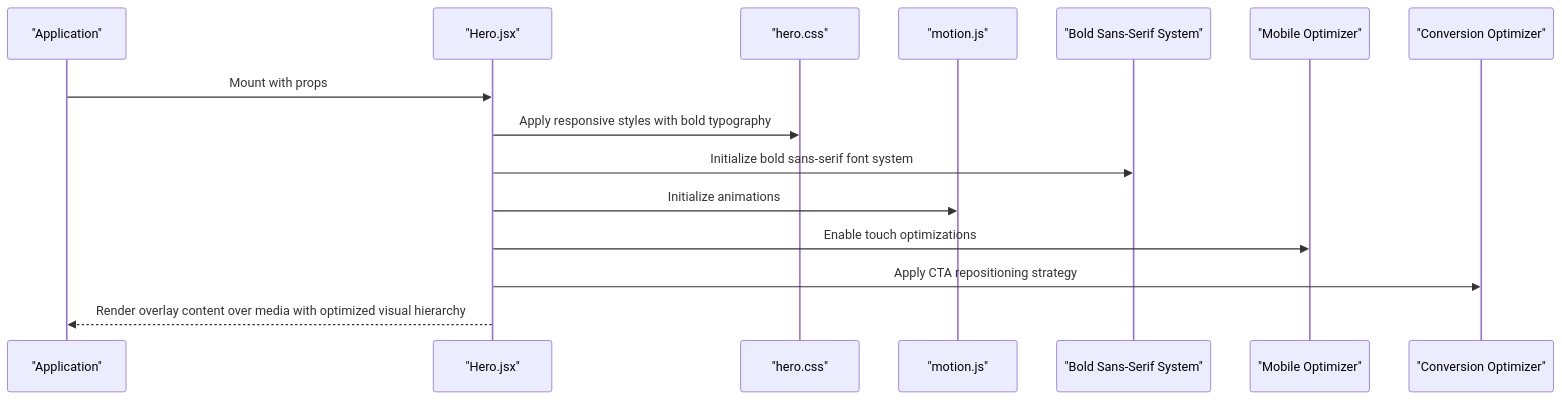
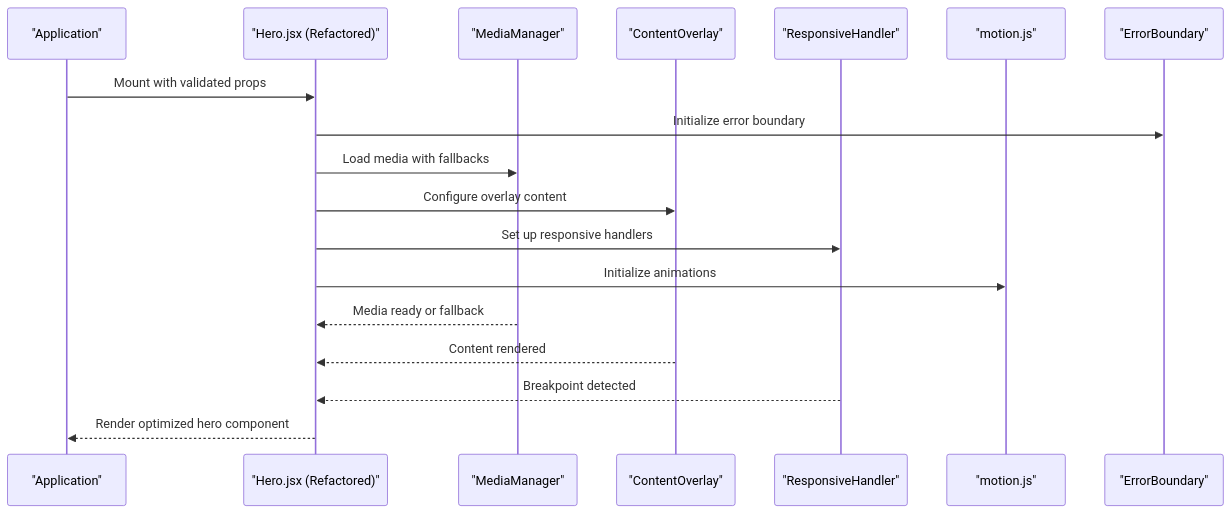
Before and after one commit to Theja4/podiummomentum: the third of 6 diagrams in .qoder/repowiki/en/content/Component Architecture/Landing Page Components/Hero Sections.md, drawn with Mermaid. The commit also changed other lines of this file and 24 other files, not shown here.

````diff
--- a/.qoder/repowiki/en/content/Component Architecture/Landing Page Components/Hero Sections.md
+++ b/.qoder/repowiki/en/content/Component Architecture/Landing Page Components/Hero Sections.md
@@ -206,17 +209,20 @@
 ```mermaid
 sequenceDiagram
 participant App as "Application"
-participant Hero as "Hero.jsx"
-participant Styles as "hero.css"
+participant Hero as "Hero.jsx (Refactored)"
+participant MediaMgr as "MediaManager"
+participant Content as "ContentOverlay"
+participant Responsive as "ResponsiveHandler"
 participant Motion as "motion.js"
-participant Typography as "Bold Sans-Serif System"
-participant Mobile as "Mobile Optimizer"
-participant Conversion as "Conversion Optimizer"
-App->>Hero : Mount with props
-Hero->>Styles : Apply responsive styles with bold typography
-Hero->>Typography : Initialize bold sans-serif font system
+participant Error as "ErrorBoundary"
+App->>Hero : Mount with validated props
+Hero->>Error : Initialize error boundary
+Hero->>MediaMgr : Load media with fallbacks
+Hero->>Content : Configure overlay content
+Hero->>Responsive : Set up responsive handlers
 Hero->>Motion : Initialize animations
-Hero->>Mobile : Enable touch optimizations
-Hero->>Conversion : Apply CTA repositioning strategy
-Hero-->>App : Render overlay content over media with optimized visual hierarchy
+MediaMgr-->>Hero : Media ready or fallback
+Content-->>Hero : Content rendered
+Responsive-->>Hero : Breakpoint detected
+Hero-->>App : Render optimized hero component
 ```
````
